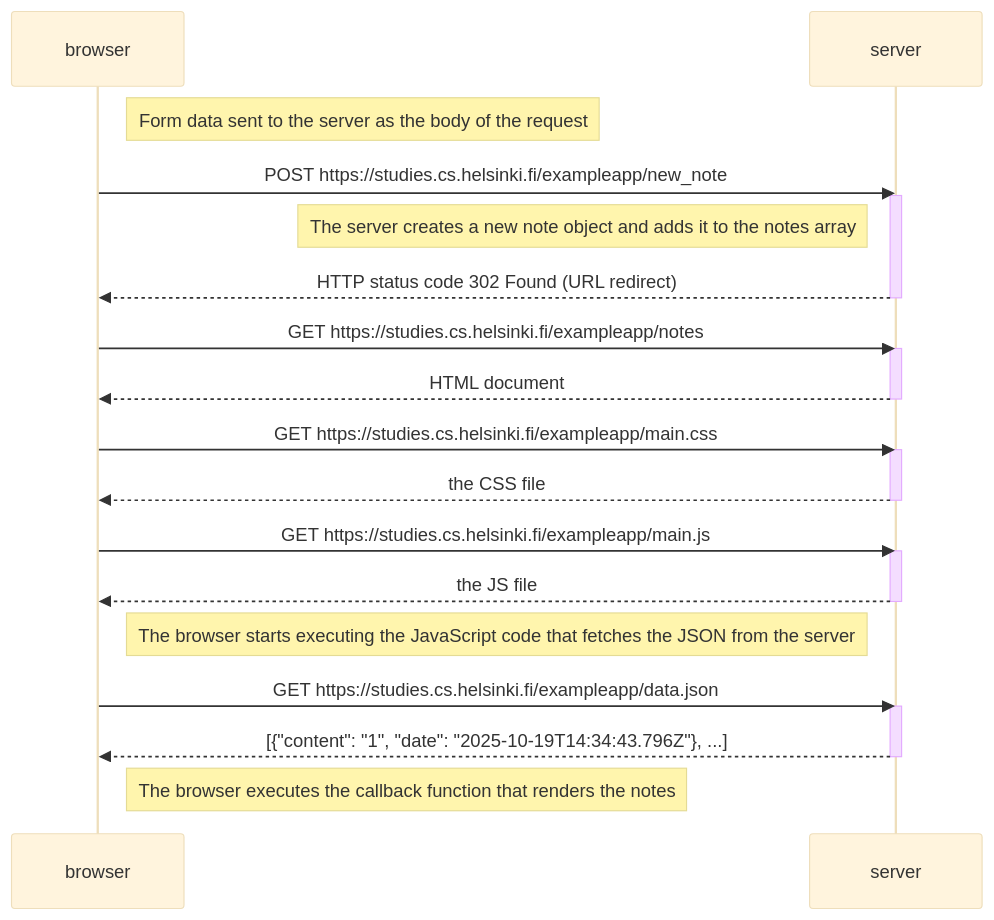
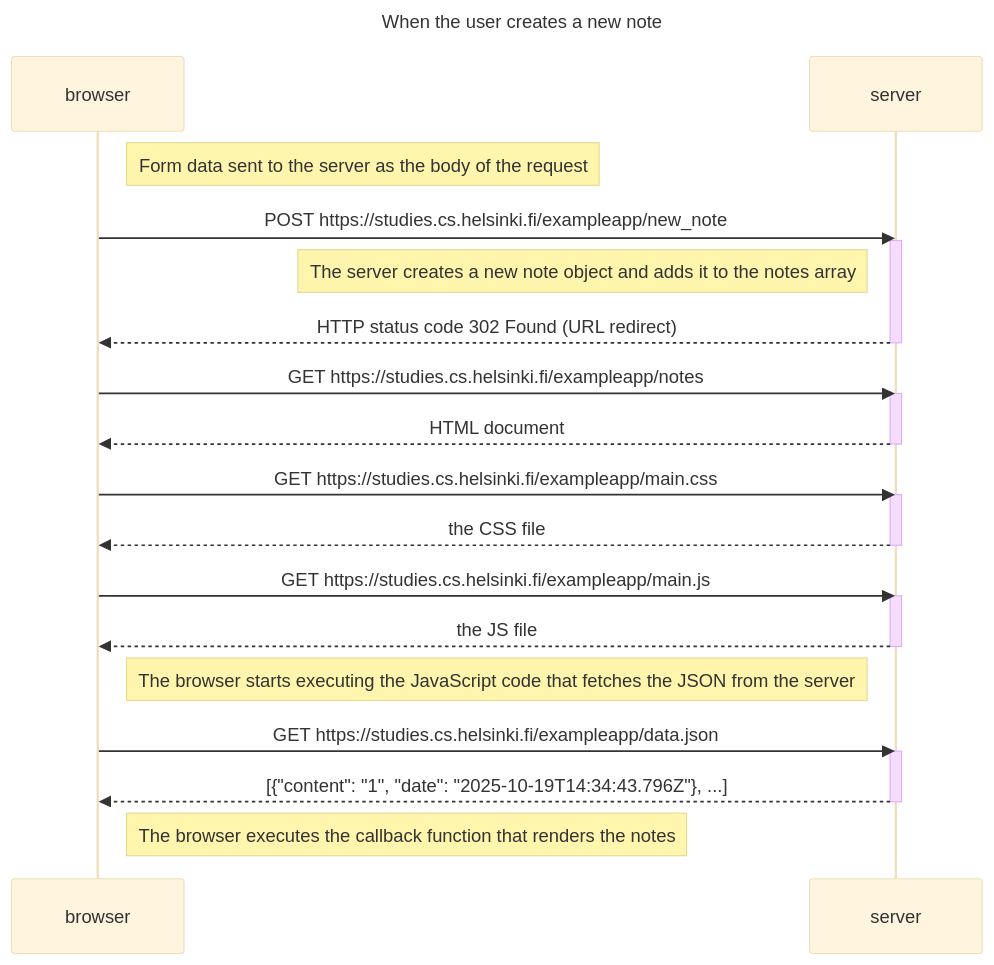
The diagram in part0/new note diagram/exercise-0_4.md (nati-friedman/part3-phonebook-backend), drawn with Mermaid (base theme) before and after one commit. The commit also changed 2 other files, not shown here.

Commit message:
added diagram titles

````diff
--- a/part0/new note diagram/exercise-0_4.md
+++ b/part0/new note diagram/exercise-0_4.md
@@ -1,37 +1,38 @@
 ```mermaid
 sequenceDiagram
+    title When the user creates a new note
     participant browser
     participant server
 
     Note right of browser: Form data sent to the server as the body of the request
 
     browser->>server: POST https://studies.cs.helsinki.fi/exampleapp/new_note
     activate server
     Note left of server: The server creates a new note object and adds it to the notes array
     server-->>browser: HTTP status code 302 Found (URL redirect)
     deactivate server
 
     browser->>server: GET https://studies.cs.helsinki.fi/exampleapp/notes
     activate server
     server-->>browser: HTML document
     deactivate server
 
     browser->>server: GET https://studies.cs.helsinki.fi/exampleapp/main.css
     activate server
     server-->>browser: the CSS file
     deactivate server
 
     browser->>server: GET https://studies.cs.helsinki.fi/exampleapp/main.js
     activate server
     server-->>browser: the JS file
     deactivate server
 
     Note right of browser: The browser starts executing the JavaScript code that fetches the JSON from the server
 
     browser->>server: GET https://studies.cs.helsinki.fi/exampleapp/data.json
     activate server
     server-->>browser: [{"content": "1", "date": "2025-10-19T14:34:43.796Z"}, ...]
     deactivate server
 
     Note right of browser: The browser executes the callback function that renders the notes
 ```
````
